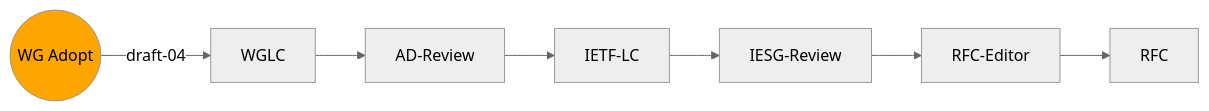
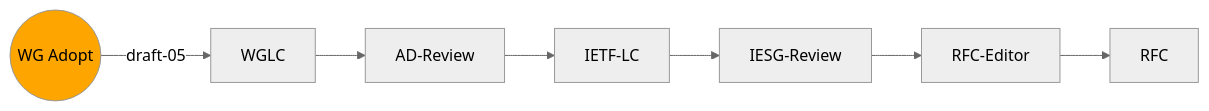
One commit to ietf-wg-httpapi/ietf-wg-httpapi.github.io changed the fourth of 12 diagrams in index.md. Above: the diagram before and after it, drawn with Mermaid (neutral theme). The commit also changed other lines of this file, not shown here.

````diff
--- a/index.md
+++ b/index.md
@@ -43,13 +81,14 @@
 ```mermaid
 graph LR
     classDef current fill:orange
     classDef lastIETF fill:pink
 
-    WG-Adopt((WG Adopt)) --draft-04--> WGLC
-    class WG-Adopt current
+    WG-Adopt((WG Adopt)) --draft-05--> WGLC
     WGLC --> AD-Review
     AD-Review --> IETF-LC
     IETF-LC --> IESG-Review
     IESG-Review --> RFC-Editor
     RFC-Editor --> RFC
+
+    class WG-Adopt current
 ```
````
